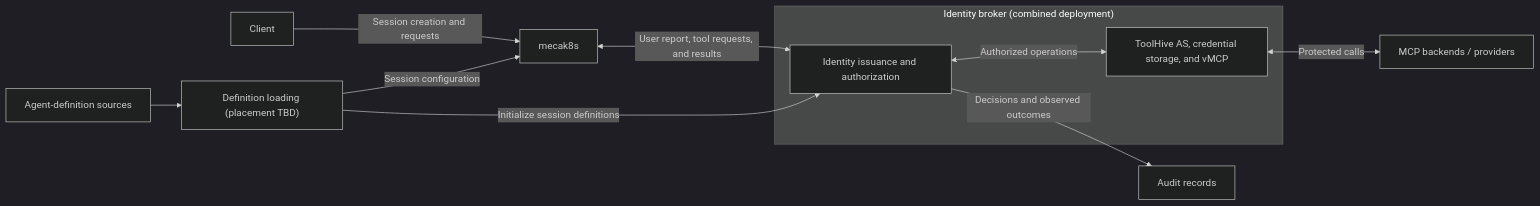
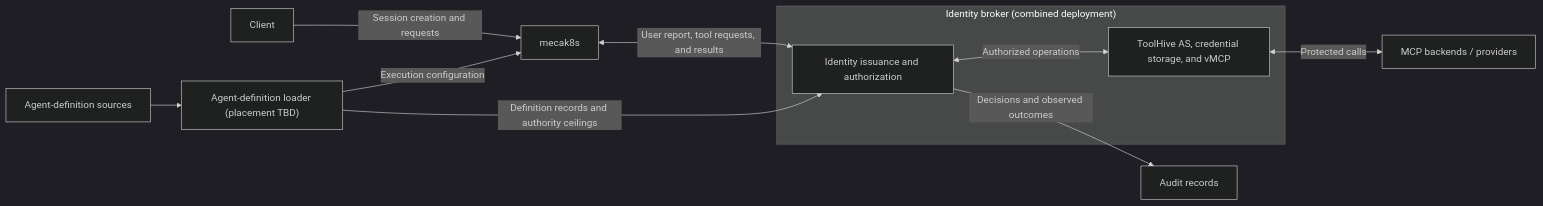
One commit to stacklok/mecatl changed the diagram in docs/drafts/agent-identity/README.md. Above: the diagram before and after it, drawn with Mermaid (dark theme). The commit also changed other lines of this file and 6 other files, not shown here.

````diff
--- a/docs/drafts/agent-identity/README.md
+++ b/docs/drafts/agent-identity/README.md
@@ -48,15 +48,15 @@
 ```mermaid
 flowchart LR
     U["Client"] -->|"Session creation and requests"| H["mecak8s"]
-    F["Agent-definition sources"] --> R["Definition loading (placement TBD)"]
-    R -->|"Session configuration"| H
+    F["Agent-definition sources"] --> R["Agent-definition loader (placement TBD)"]
+    R -->|"Execution configuration"| H
     subgraph B["Identity broker (combined deployment)"]
         I["Identity issuance and authorization"]
         T["ToolHive AS, credential storage, and vMCP"]
         I <-->|"Authorized operations"| T
     end
-    R -->|"Initialize session definitions"| I
+    R -->|"Definition records and authority ceilings"| I
     H <-->|"User report, tool requests, and results"| I
     T <-->|"Protected calls"| P["MCP backends / providers"]
     I -->|"Decisions and observed outcomes"| A["Audit records"]
 ```
````
